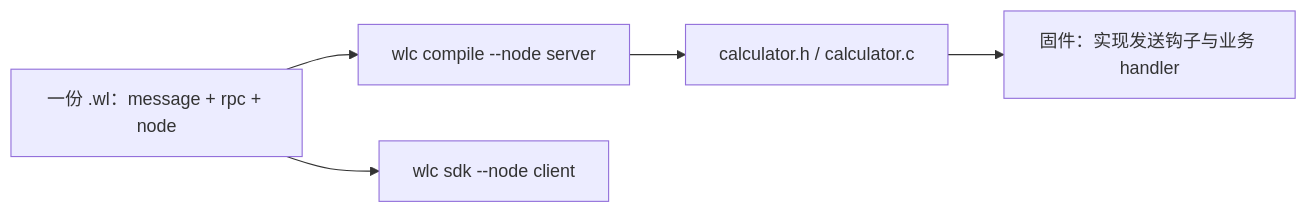
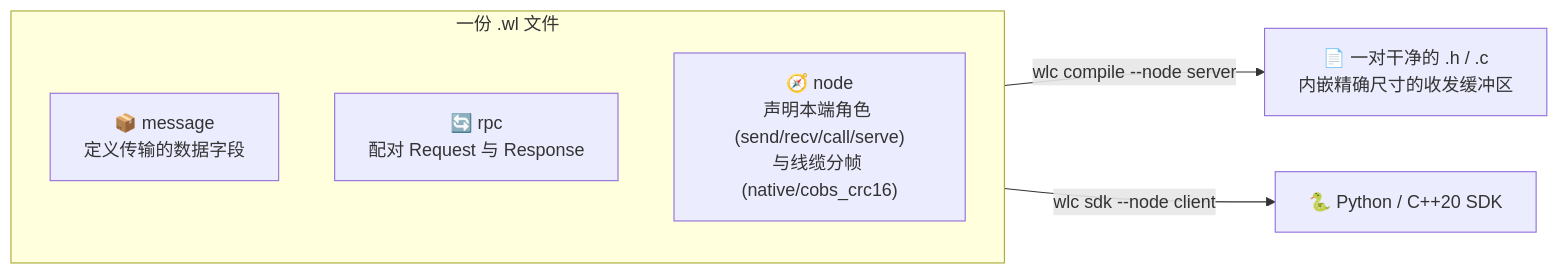
Before and after one commit to starwey604/wirelink: the diagram in site/src/content/docs/zh-cn/learn/01-loopback-endpoint.mdx, drawn with Mermaid. The commit also changed other lines of this file and 26 other files, not shown here.

````diff
--- a/site/src/content/docs/zh-cn/learn/01-loopback-endpoint.mdx
+++ b/site/src/content/docs/zh-cn/learn/01-loopback-endpoint.mdx
@@ -17,7 +37,11 @@
 ```mermaid
 flowchart LR
-  S["一份 .wl：message + rpc + node"] --> W["wlc compile --node server"]
-  W --> H["calculator.h / calculator.c"]
-  H --> F["固件：实现发送钩子与业务 handler"]
-  S --> SDK["wlc sdk --node client"]
+  subgraph Schema["一份 .wl 文件"]
+    direction TB
+    M["📦 message<br/>定义传输的数据字段"]
+    R["🔄 rpc<br/>配对 Request 与 Response"]
+    N["🧭 node<br/>声明本端角色 (send/recv/call/serve)<br/>与线缆分帧 (native/cobs_crc16)"]
+  end
+  Schema -->|"wlc compile --node server"| C["📄 一对干净的 .h / .c<br/>内嵌精确尺寸的收发缓冲区"]
+  Schema -->|"wlc sdk --node client"| Py["🐍 Python / C++20 SDK"]
 ```
````
